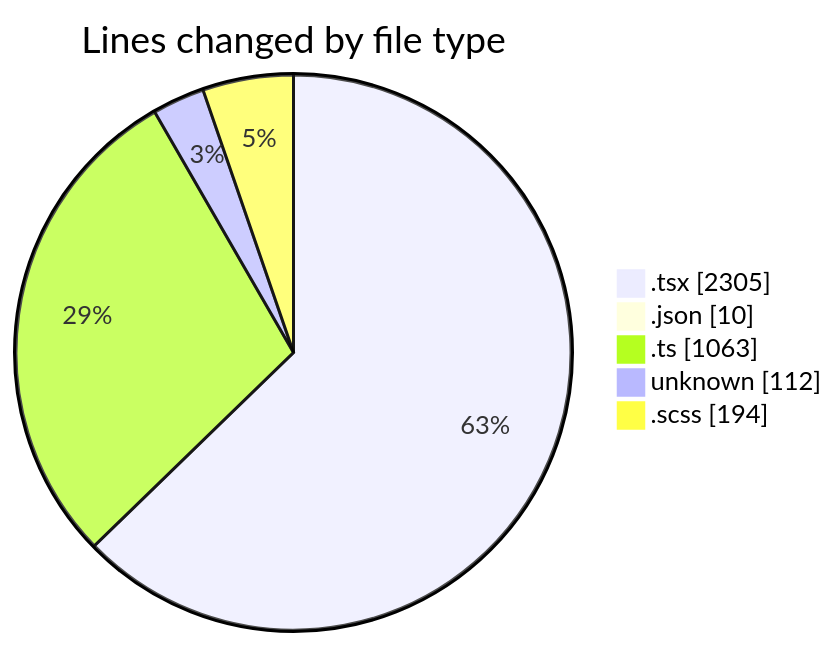
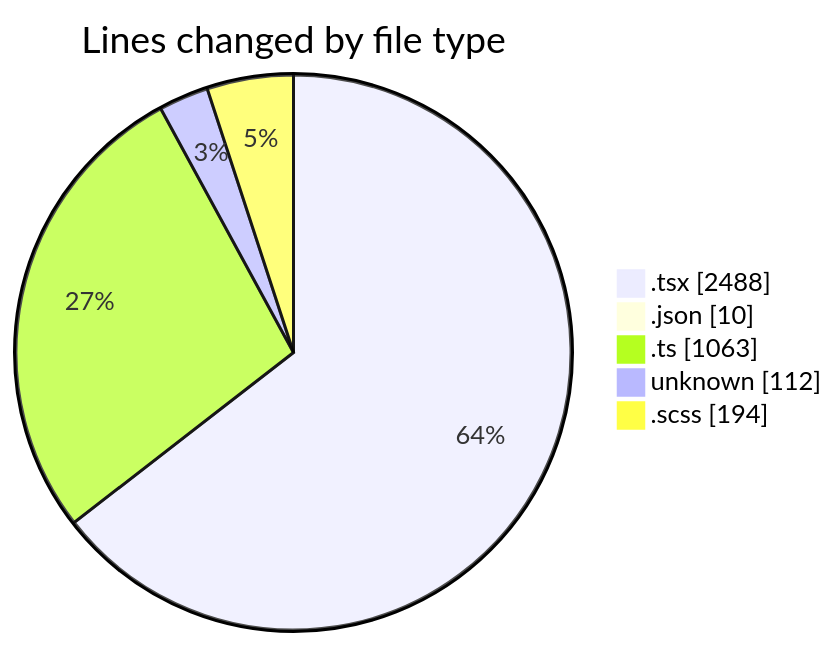
One commit to momahboobian/code-tracking changed the first of 2 diagrams in 2026-04-30/cda/README.md. Above: the diagram before and after it, drawn with Mermaid. The commit also changed other lines of this file and 1 other file, not shown here.

````diff
--- a/2026-04-30/cda/README.md
+++ b/2026-04-30/cda/README.md
@@ -51,9 +52,9 @@
 ```mermaid
 pie showData
 title Lines changed by file type
-".tsx" : 2305
+".tsx" : 2488
 ".json" : 10
 ".ts" : 1063
 "unknown" : 112
 ".scss" : 194
 ```
````
